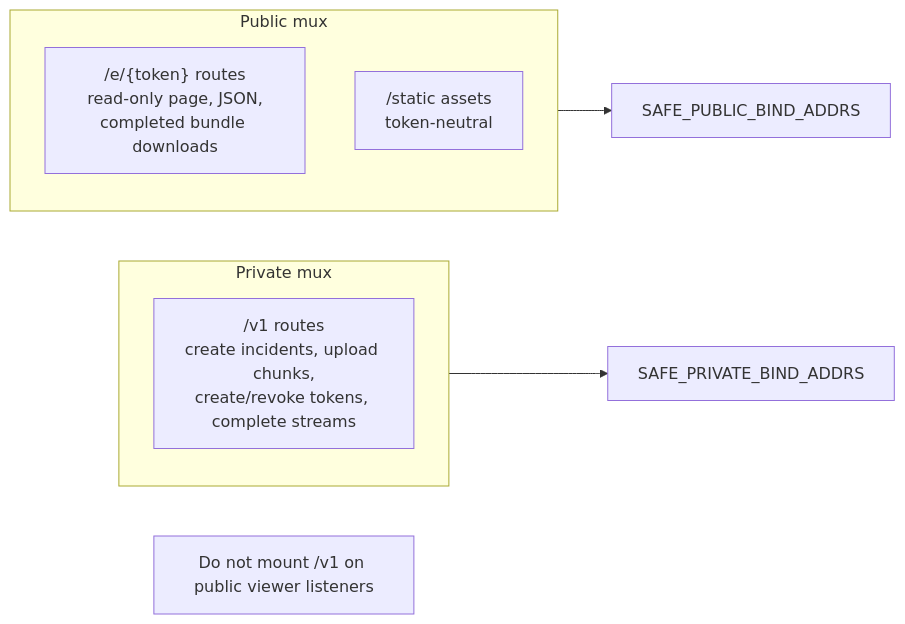
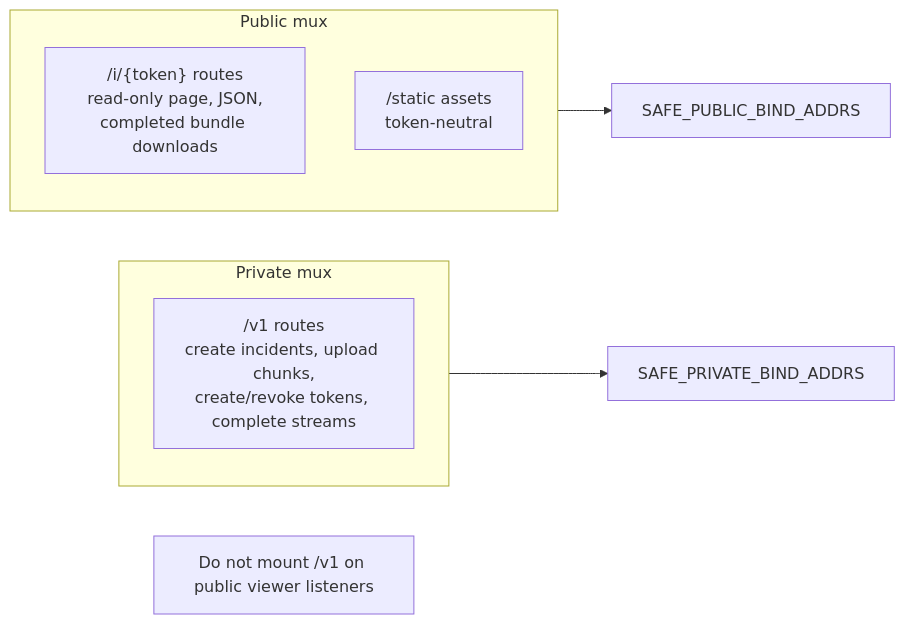
The fourth of 4 diagrams in docs/architecture.md (open-proofline/server), drawn with Mermaid before and after one commit. The commit also changed other lines of this file and 64 other files, not shown here.

Commit message:
Renamed legacy emergency viewer/tokens to incident-viewer and incident-token

````diff
--- a/docs/architecture.md
+++ b/docs/architecture.md
@@ -118,16 +118,16 @@
 ```mermaid
 flowchart LR
     subgraph PrivateMux["Private mux"]
         V1["/v1 routes<br/>create incidents, upload chunks,<br/>create/revoke tokens, complete streams"]
     end
 
     subgraph PublicMux["Public mux"]
-        Viewer["/e/{token} routes<br/>read-only page, JSON,<br/>completed bundle downloads"]
+        Viewer["/i/{token} routes<br/>read-only page, JSON,<br/>completed bundle downloads"]
         Static["/static assets<br/>token-neutral"]
     end
 
     PrivateMux --> PrivateBind["SAFE_PRIVATE_BIND_ADDRS"]
     PublicMux --> PublicBind["SAFE_PUBLIC_BIND_ADDRS"]
 
     Warning["Do not mount /v1 on public viewer listeners"]
 ```
````
